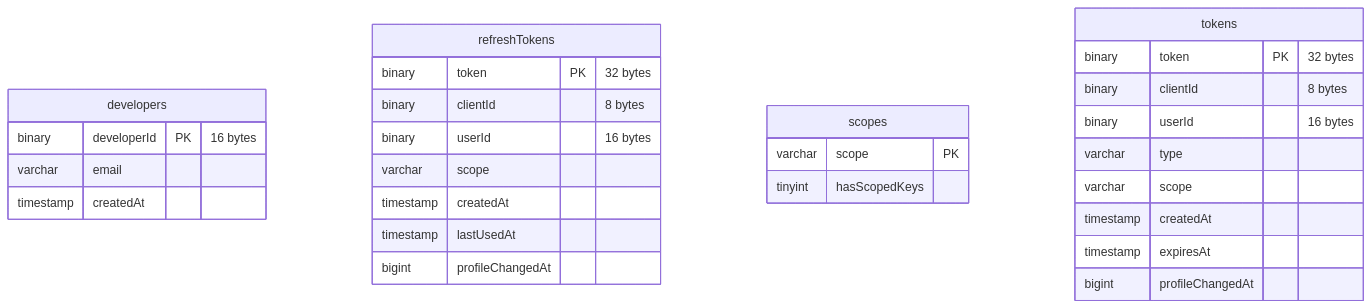
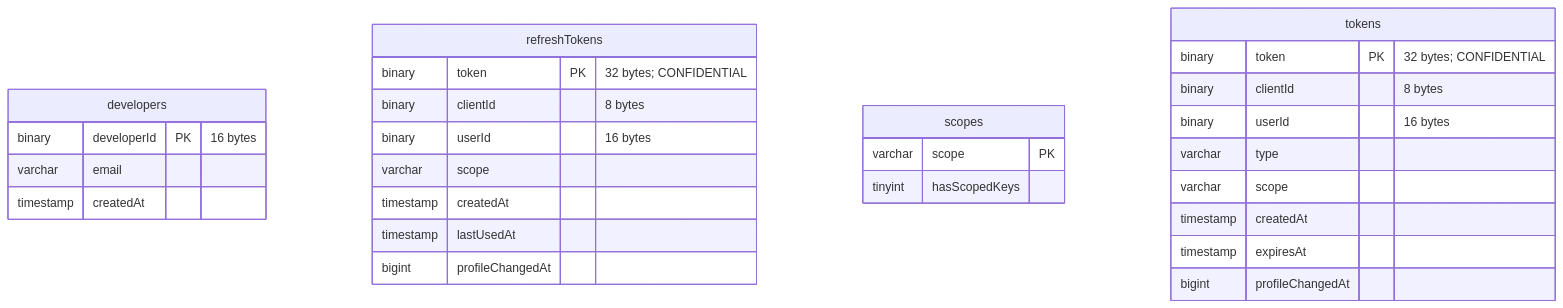
One commit to mozilla/ecosystem-platform changed the ninth of 10 diagrams in docs/reference/database-structure.md. Above: the diagram before and after it, drawn with Mermaid. The commit also changed other lines of this file, not shown here.

````diff
--- a/docs/reference/database-structure.md
+++ b/docs/reference/database-structure.md
@@ -296,31 +296,31 @@
 ```mermaid
 erDiagram
     developers {
         binary developerId PK "16 bytes"
         varchar email
         timestamp createdAt
     }
     refreshTokens {
-        binary token PK "32 bytes"
+        binary token PK "32 bytes; CONFIDENTIAL"
         binary clientId "8 bytes"
         binary userId "16 bytes"
         varchar scope
         timestamp createdAt
         timestamp lastUsedAt
         bigint profileChangedAt
     }
     scopes {
         varchar scope PK
         tinyint hasScopedKeys
     }
     tokens {
-        binary token PK "32 bytes"
+        binary token PK "32 bytes; CONFIDENTIAL"
         binary clientId "8 bytes"
         binary userId "16 bytes"
         varchar type
         varchar scope
         timestamp createdAt
         timestamp expiresAt
         bigint profileChangedAt
     }
 ```
````
